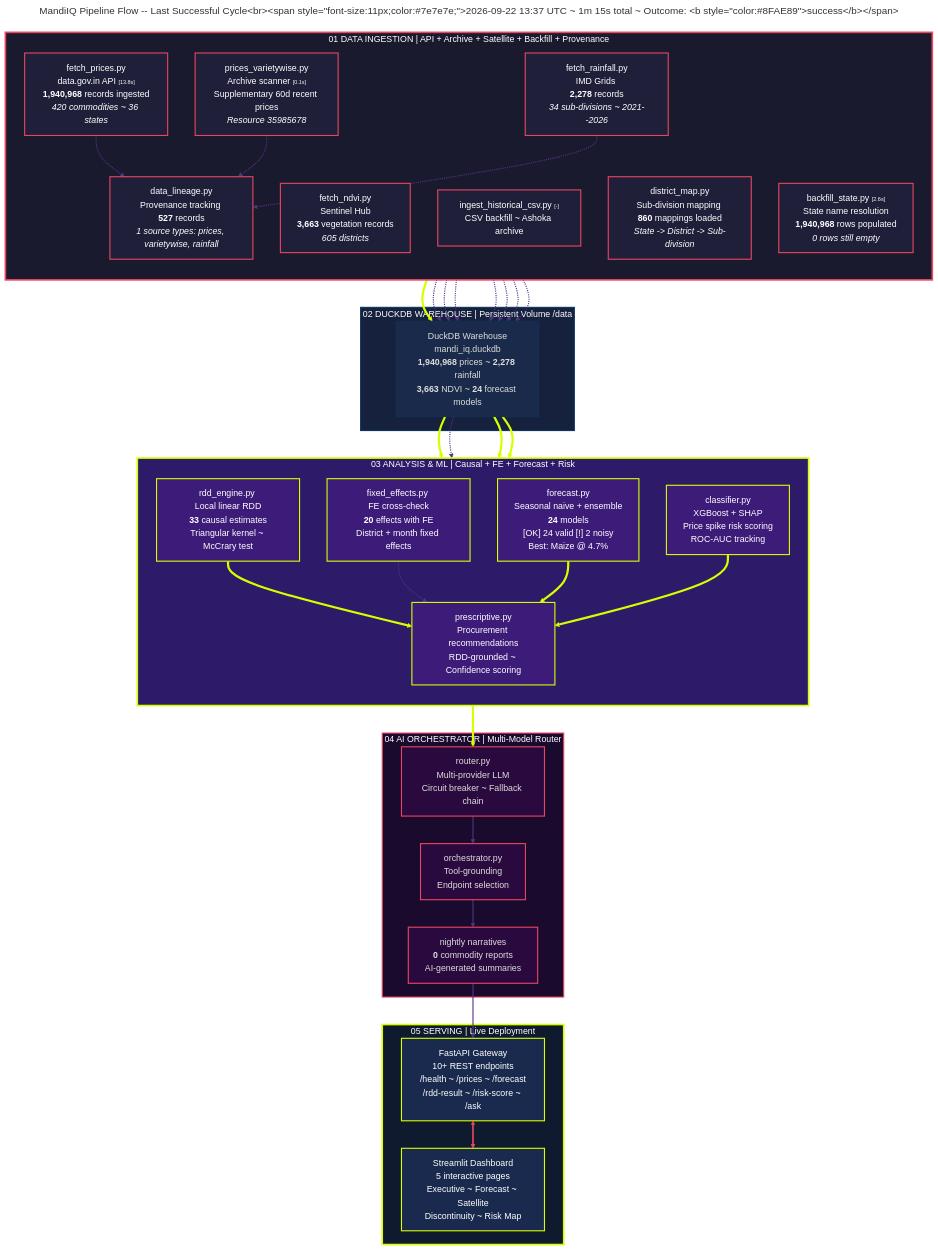
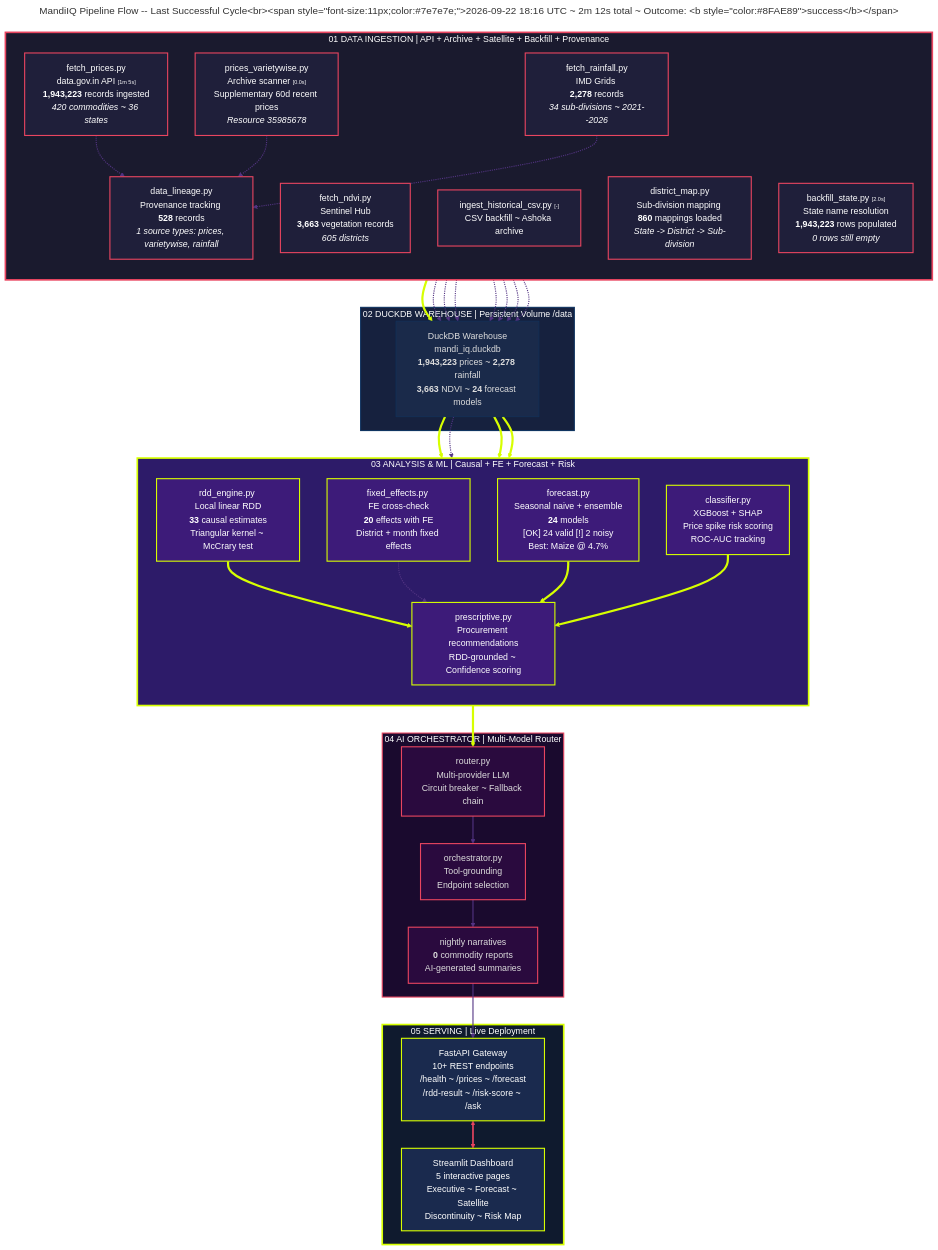
The diagram in diagrams/pipeline-flow-live.mmd (flawsom/test-mandi), drawn with Mermaid before and after one commit. The commit also changed 6 other files, not shown here.

```diff
--- a/diagrams/pipeline-flow-live.mmd
+++ b/diagrams/pipeline-flow-live.mmd
@@ -1,139 +1,139 @@
 ---
-title: "MandiIQ Pipeline Flow -- Last Successful Cycle<br/><span style='font-size:11px;color:#7e7e7e;'>2026-09-22 13:37 UTC ~ 1m 15s total ~ Outcome: <b style='color:#8FAE89'>success</b></span>"
+title: "MandiIQ Pipeline Flow -- Last Successful Cycle<br/><span style='font-size:11px;color:#7e7e7e;'>2026-09-22 18:16 UTC ~ 2m 12s total ~ Outcome: <b style='color:#8FAE89'>success</b></span>"
 ---
 %%{init: {
   "theme": "dark",
   "themeVariables": {
     "primaryColor": "#1a1a2e",
     "primaryTextColor": "#ffffff",
     "primaryBorderColor": "#d7ff00",
     "lineColor": "#d7ff00",
     "secondaryColor": "#16213e",
     "tertiaryColor": "#0f3460",
     "mainBkg": "#0d0d1a",
     "nodeBorder": "#533483",
     "clusterBkg": "#0a0a12",
     "clusterBorder": "#2a2a4a",
     "titleColor": "#d7ff00",
     "edgeLabelBackground": "#0d0d1a",
     "nodeTextColor": "#ffffff",
     "fontFamily": "\"Space Grotesk\", \"Inter\", sans-serif"
   },
   "flowchart": {
     "useMaxWidth": true,
     "htmlLabels": true,
     "curve": "basis",
     "padding": 20
   }
 }%%
 flowchart TD
     %% Stage 1: DATA INGESTION
     subgraph S1["01 DATA INGESTION  | API + Archive + Satellite + Backfill + Provenance"]
         direction TB
-        A1["fetch_prices.py<br/>data.gov.in API <span style='color:#7e7e7e;font-size:10px;'>[13.8s]</span><br/><b>1,940,968</b> records ingested<br/><i>420 commodities ~ 36 states</i>"]
-        A2["prices_varietywise.py<br/>Archive scanner <span style='color:#7e7e7e;font-size:10px;'>[0.1s]</span><br/>Supplementary 60d recent prices<br/><i>Resource 35985678</i>"]
+        A1["fetch_prices.py<br/>data.gov.in API <span style='color:#7e7e7e;font-size:10px;'>[1m 5s]</span><br/><b>1,943,223</b> records ingested<br/><i>420 commodities ~ 36 states</i>"]
+        A2["prices_varietywise.py<br/>Archive scanner <span style='color:#7e7e7e;font-size:10px;'>[0.0s]</span><br/>Supplementary 60d recent prices<br/><i>Resource 35985678</i>"]
         A3["fetch_rainfall.py<br/>IMD Grids <br/><b>2,278</b> records<br/><i>34 sub-divisions ~ 2021--2026</i>"]
         A4["fetch_ndvi.py<br/>Sentinel Hub <br/><b>3,663</b> vegetation records<br/><i>605 districts</i>"]
         A5["ingest_historical_csv.py <span style='color:#7e7e7e;font-size:10px;'>[-]</span><br/>CSV backfill ~ Ashoka archive"]
         A6["district_map.py<br/>Sub-division mapping <br/><b>860</b> mappings loaded<br/><i>State -> District -> Sub-division</i>"]
-        A7["backfill_state.py <span style='color:#7e7e7e;font-size:10px;'>[2.6s]</span><br/>State name resolution<br/><b>1,940,968</b> rows populated<br/><i>0 rows still empty</i>"]
-        A8["data_lineage.py<br/>Provenance tracking <br/><b>527</b> records<br/><i>1 source types: prices, varietywise, rainfall</i>"]
+        A7["backfill_state.py <span style='color:#7e7e7e;font-size:10px;'>[2.0s]</span><br/>State name resolution<br/><b>1,943,223</b> rows populated<br/><i>0 rows still empty</i>"]
+        A8["data_lineage.py<br/>Provenance tracking <br/><b>528</b> records<br/><i>1 source types: prices, varietywise, rainfall</i>"]
     end
 
     %% Stage 2: DUCKDB WAREHOUSE
     subgraph S2["02 DUCKDB WAREHOUSE  | Persistent Volume /data"]
-        B1["DuckDB Warehouse<br/>mandi_iq.duckdb<br/><b>1,940,968</b> prices ~ <b>2,278</b> rainfall<br/><b>3,663</b> NDVI ~ <b>24</b> forecast models"]
+        B1["DuckDB Warehouse<br/>mandi_iq.duckdb<br/><b>1,943,223</b> prices ~ <b>2,278</b> rainfall<br/><b>3,663</b> NDVI ~ <b>24</b> forecast models"]
     end
 
     %% Stage 3: ANALYSIS & ML
     subgraph S3["03 ANALYSIS & ML  | Causal + FE + Forecast + Risk"]
         direction TB
         C1["rdd_engine.py <br/>Local linear RDD<br/><b>33</b> causal estimates<br/>Triangular kernel ~ McCrary test"]
         C2["fixed_effects.py <br/>FE cross-check<br/><b>20</b> effects with FE<br/>District + month fixed effects"]
         C3["forecast.py <br/>Seasonal naive + ensemble<br/><b>24</b> models<br/><span style='color:#8FAE89'>[OK] 24 valid</span> <span style='color:#D9663B'>[!] 2 noisy</span><br/>Best: Maize @ 4.7%"]
         C4["classifier.py <br/>XGBoost + SHAP<br/>Price spike risk scoring<br/>ROC-AUC tracking"]
         C5["prescriptive.py<br/>Procurement recommendations<br/>RDD-grounded ~ Confidence scoring"]
     end
 
     %% Stage 4: AI ORCHESTRATOR
     subgraph S4["04 AI ORCHESTRATOR  | Multi-Model Router"]
         D1["router.py<br/>Multi-provider LLM<br/>Circuit breaker ~ Fallback chain"]
         D2["orchestrator.py<br/>Tool-grounding<br/>Endpoint selection"]
         D3["nightly narratives<br/><b>0</b> commodity reports<br/>AI-generated summaries"]
     end
 
     %% Stage 5: SERVING
     subgraph S5["05 SERVING  | Live Deployment"]
         E1["FastAPI Gateway<br/>10+ REST endpoints<br/>/health ~ /prices ~ /forecast<br/>/rdd-result ~ /risk-score ~ /ask"]
         E2["Streamlit Dashboard<br/>5 interactive pages<br/>Executive ~ Forecast ~ Satellite<br/>Discontinuity ~ Risk Map"]
     end
 
     %% Main flow: ingestion -> warehouse
     A1 ==> B1
     A2 -.-> B1
     A3 -.-> B1
     A4 -.-> B1
     A5 -.-> B1
     A6 -.-> B1
     A7 -.-> B1
 
     %% Main flow: ingestion -> provenance tracking
     A1 -.-> A8
     A2 -.-> A8
     A3 -.-> A8
     A8 -.-> B1
 
     %% Main flow: warehouse -> analysis
     B1 ==> C1
     B1 -.-> C2
     B1 ==> C3
     B1 ==> C4
 
     %% Main flow: analysis -> prescriptive -> AI
     C1 ==> C5
     C2 -.-> C5
     C3 ==> C5
     C4 ==> C5
 
     C5 ==> D1
     D1 ==> D2
     D2 ==> D3
     D3 ==> E1
 
     E1 <==> E2
 
     %% Edge styling: thick = primary path
     linkStyle 0,11,13,14,15,17,18,19 stroke-width:4px,stroke:#d7ff00,fill:none
     linkStyle 1,2,3,4,5,6,7,8,9,10,12,16,20,21,22 stroke-width:2px,stroke:#533483,fill:none
     linkStyle 23 stroke-width:3px,stroke:#e94560,fill:none
 
     %% Stage classes
     classDef stage1 fill:#1a1a2e,stroke:#e94560,stroke-width:3px,color:#fff
     classDef stage1Node fill:#1f1f3a,stroke:#e94560,stroke-width:2px,color:#fff
 
     classDef stage2 fill:#16213e,stroke:#0f3460,stroke-width:2px,color:#fff
     classDef stage2Node fill:#1a2a4a,stroke:#0f3460,stroke-width:1px,color:#ddd
 
     classDef stage3 fill:#2d1b69,stroke:#d7ff00,stroke-width:3px,color:#fff
     classDef stage3Node fill:#3d1b79,stroke:#d7ff00,stroke-width:2px,color:#fff
 
     classDef stage4 fill:#1a0a2e,stroke:#e94560,stroke-width:2px,color:#fff
     classDef stage4Node fill:#2a0a3e,stroke:#e94560,stroke-width:2px,color:#ddd
 
     classDef stage5 fill:#0f1a2e,stroke:#d7ff00,stroke-width:3px,color:#fff
     classDef stage5Node fill:#1a2a4e,stroke:#d7ff00,stroke-width:2px,color:#fff
 
     class S1 stage1
     class A1,A2,A3,A4,A5,A6,A7,A8 stage1Node
 
     class S2 stage2
     class B1 stage2Node
 
     class S3 stage3
     class C1,C2,C3,C4,C5 stage3Node
 
     class S4 stage4
     class D1,D2,D3 stage4Node
 
     class S5 stage5
     class E1,E2 stage5Node
```
